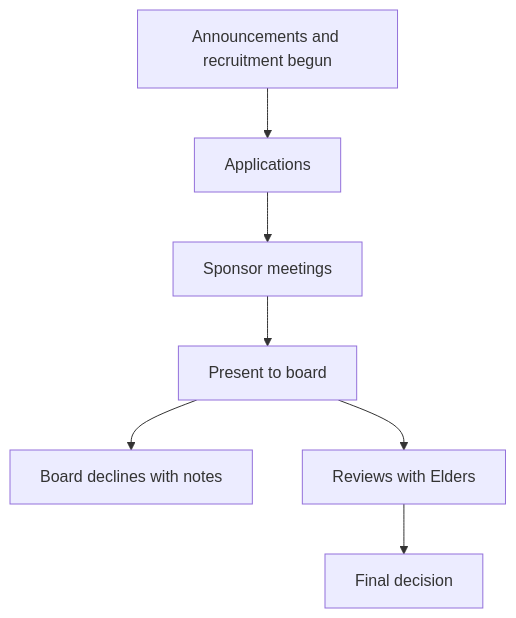
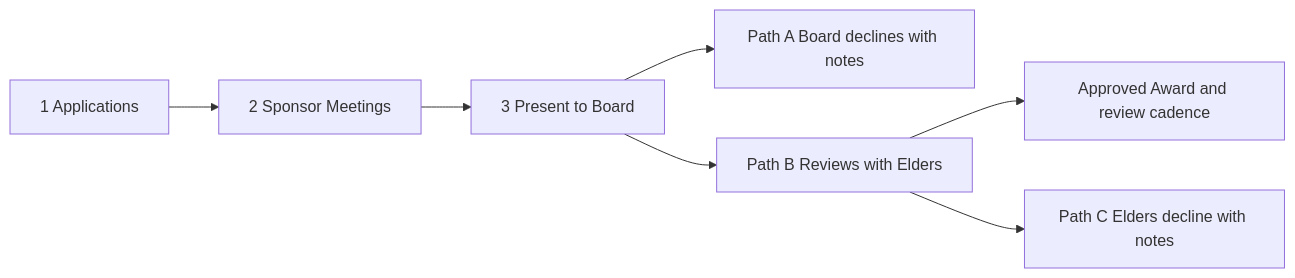
Before and after one commit to north-consulting-services/SBC: the diagram in notes/process-ceremony-overview.md, drawn with Mermaid. The commit also changed other lines of this file and 13 other files, not shown here.

````diff
--- a/notes/process-ceremony-overview.md
+++ b/notes/process-ceremony-overview.md
@@ -27,14 +26,16 @@
 ```mermaid
-flowchart TD
-  pre[Announcements and recruitment begun]
-  apps[Applications]
-  sponsor[Sponsor meetings]
-  present[Present to board]
-  decline[Board declines with notes]
-  elders[Reviews with Elders]
-  final[Final decision]
+flowchart LR
+  apps[1 Applications]
+  sponsor[2 Sponsor Meetings]
+  present[3 Present to Board]
+  pathA[Path A Board declines with notes]
+  pathB[Path B Reviews with Elders]
+  approved[Approved Award and review cadence]
+  pathC[Path C Elders decline with notes]
 
-  pre --> apps --> sponsor --> present
-  present --> decline
-  present --> elders --> final
+  apps --> sponsor --> present
+  present --> pathA
+  present --> pathB
+  pathB --> approved
+  pathB --> pathC
 ```
````
